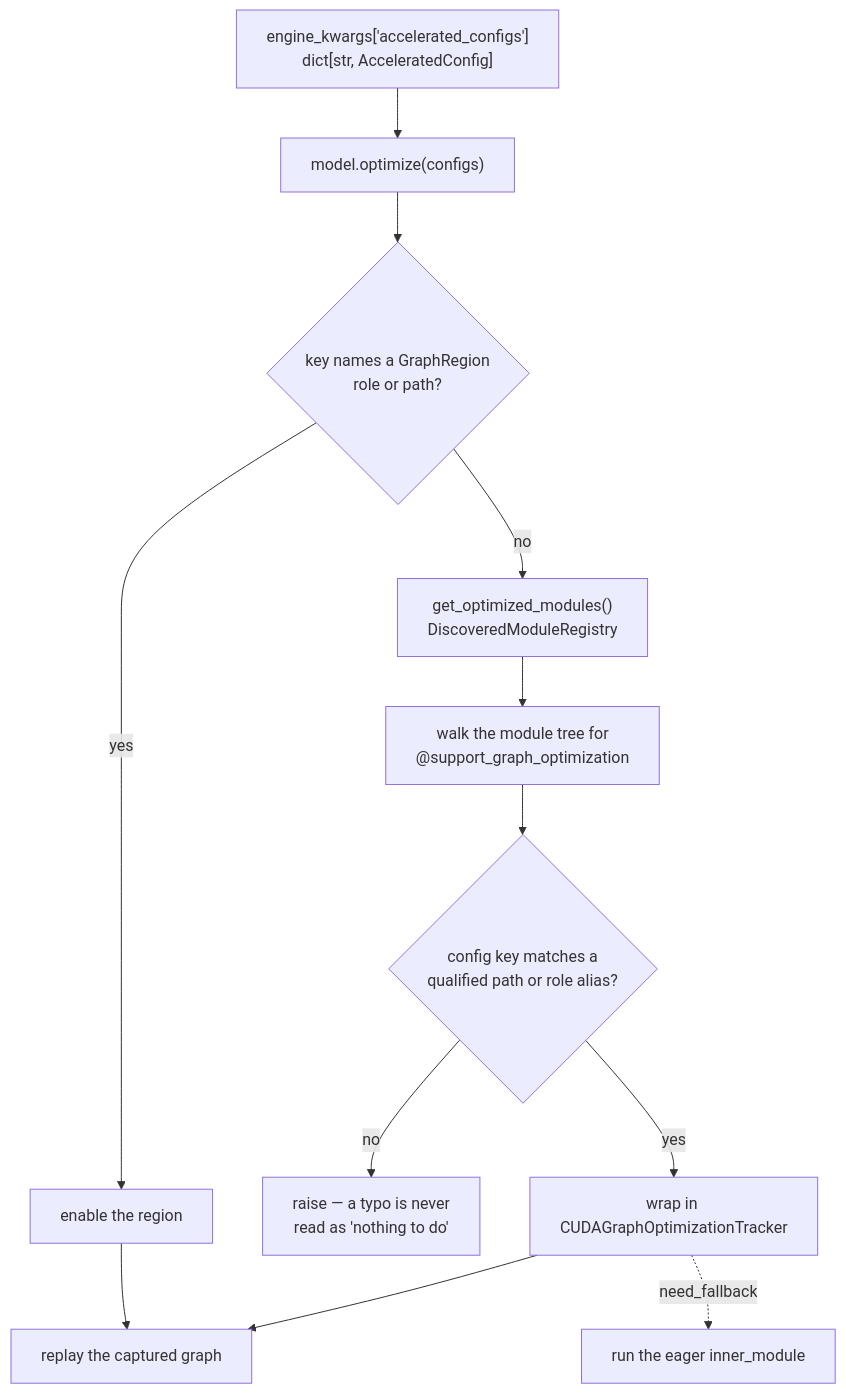
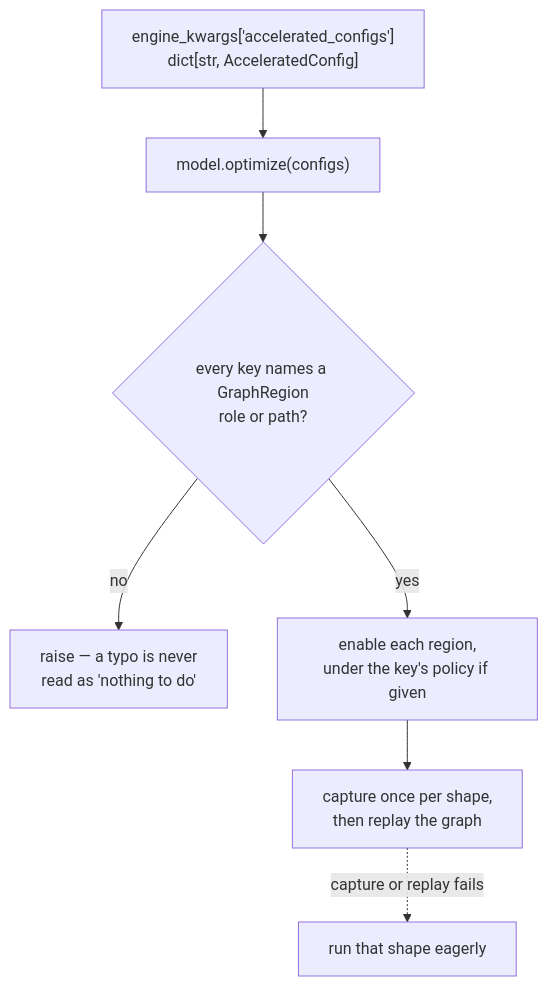
Before and after one commit to NVIDIA-BioNeMo/BioNeMo-Inference-Runtime: the third of 3 diagrams in docs/ref/architecture.md, drawn with Mermaid. The commit also changed other lines of this file and 26 other files, not shown here.

````diff
--- a/docs/ref/architecture.md
+++ b/docs/ref/architecture.md
@@ -326,15 +325,10 @@
 ```mermaid
 flowchart TB
     CFG["engine_kwargs['accelerated_configs']<br/>dict[str, AcceleratedConfig]"]
     CFG --> OPT["model.optimize(configs)"]
-    OPT --> ROLE{"key names a GraphRegion<br/>role or path?"}
-    ROLE -->|yes| ENABLE["enable the region"]
-    ROLE -->|no| REG["get_optimized_modules()<br/>DiscoveredModuleRegistry"]
-    REG --> WALK["walk the module tree for<br/>@support_graph_optimization"]
-    WALK --> MATCH{"config key matches a<br/>qualified path or role alias?"}
-    MATCH -->|no| ERR["raise — a typo is never<br/>read as 'nothing to do'"]
-    MATCH -->|yes| WRAP["wrap in CUDAGraphOptimizationTracker"]
-    ENABLE --> RUN["replay the captured graph"]
-    WRAP --> RUN
-    WRAP -.->|"need_fallback"| EAGER["run the eager inner_module"]
+    OPT --> ROLE{"every key names a GraphRegion<br/>role or path?"}
+    ROLE -->|no| ERR["raise — a typo is never<br/>read as 'nothing to do'"]
+    ROLE -->|yes| ENABLE["enable each region,<br/>under the key's policy if given"]
+    ENABLE --> RUN["capture once per shape,<br/>then replay the graph"]
+    RUN -.->|"capture or replay fails"| EAGER["run that shape eagerly"]
 ```
````
